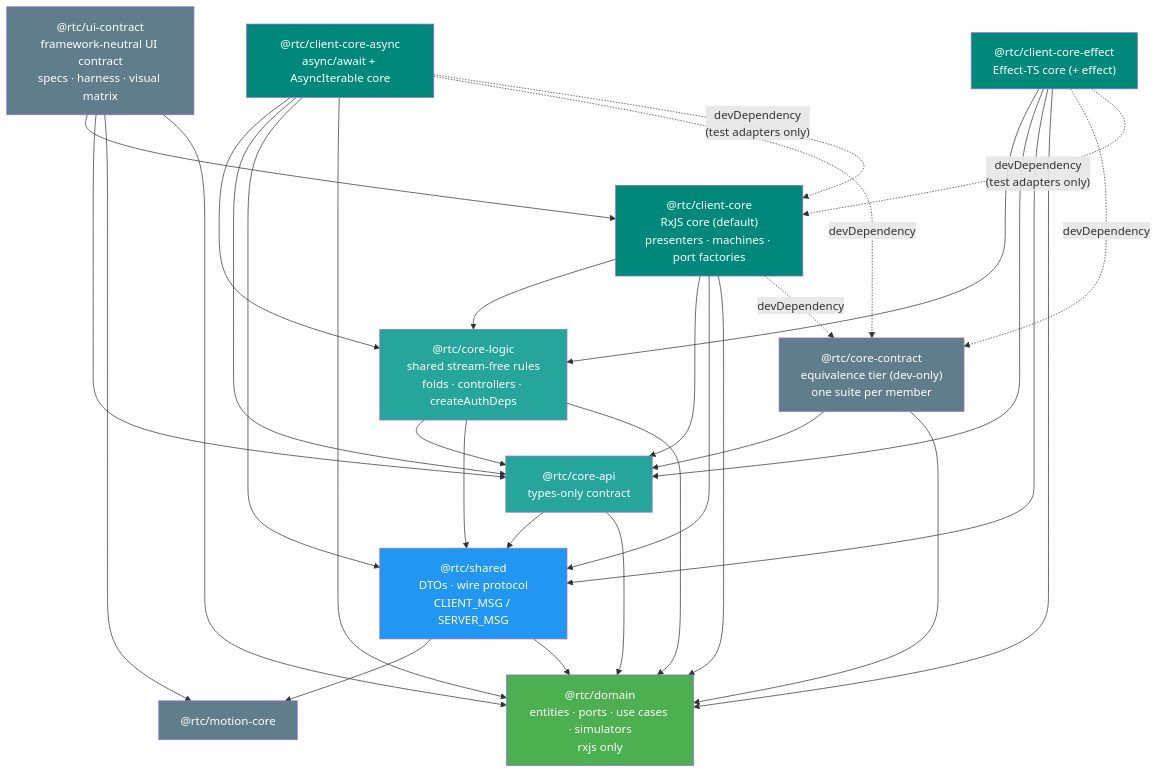
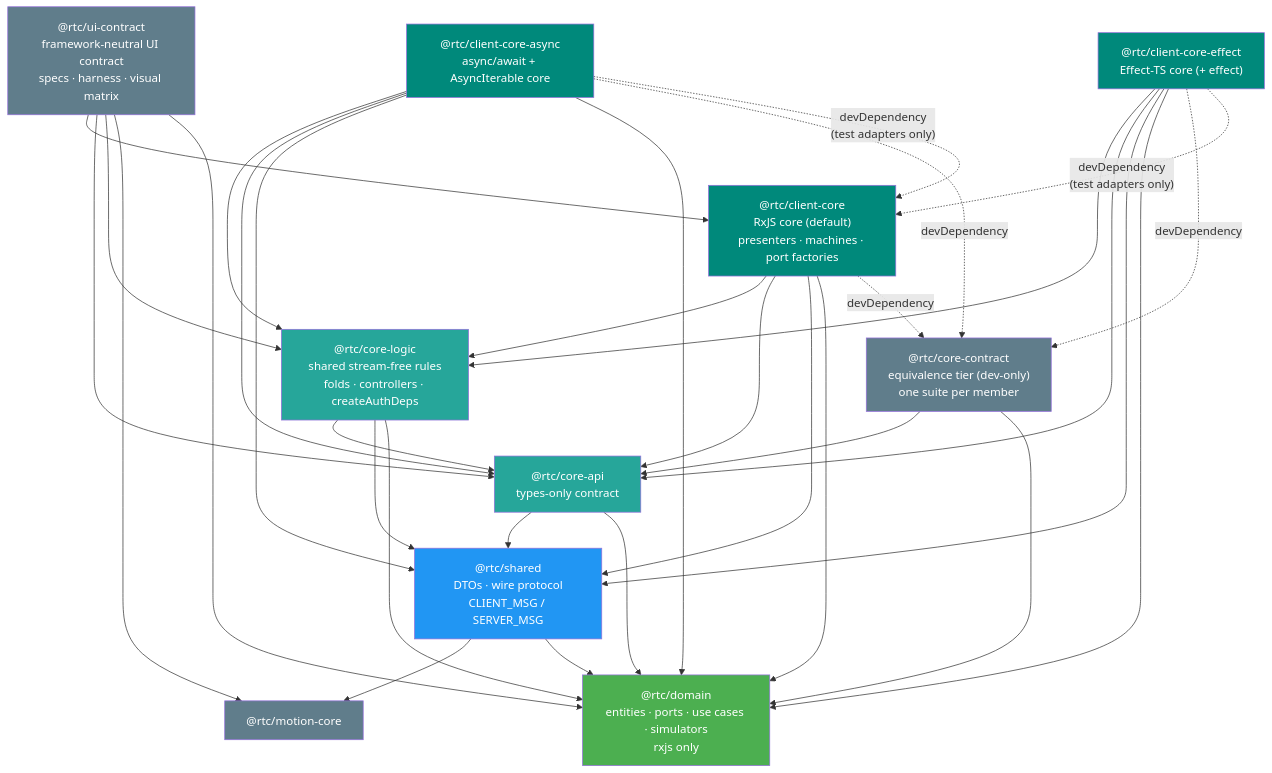
One commit to bettersoftware-io/ReactiveTraderCloudClone changed the second of 4 diagrams in docs/architecture/06-package-dependencies.md. Above: the diagram before and after it, drawn with Mermaid. The commit also changed other lines of this file and 13 other files, not shown here.

````diff
--- a/docs/architecture/06-package-dependencies.md
+++ b/docs/architecture/06-package-dependencies.md
@@ -74,58 +77,59 @@
 ```mermaid
 graph TB
     core["@rtc/client-core<br/>RxJS core (default)<br/>presenters · machines · port factories"]
     acore["@rtc/client-core-async<br/>async/await + AsyncIterable core"]
     ecore["@rtc/client-core-effect<br/>Effect-TS core (+ effect)"]
 
     uic["@rtc/ui-contract<br/>framework-neutral UI contract<br/>specs · harness · visual matrix"]
     cc["@rtc/core-contract<br/>equivalence tier (dev-only)<br/>one suite per member"]
     logic["@rtc/core-logic<br/>shared stream-free rules<br/>folds · controllers · createAuthDeps"]
 
     api["@rtc/core-api<br/>types-only contract"]
     shared["@rtc/shared<br/>DTOs · wire protocol<br/>CLIENT_MSG / SERVER_MSG"]
     motion["@rtc/motion-core"]
 
     domain["@rtc/domain<br/>entities · ports · use cases · simulators<br/>rxjs only"]
 
     core --> logic
     core --> api
     core --> shared
     core --> domain
     acore --> logic
     acore --> api
     acore --> shared
     acore --> domain
     ecore --> logic
     ecore --> api
     ecore --> shared
     ecore --> domain
     uic --> core
     uic --> api
+    uic --> logic
     uic --> motion
     uic --> domain
     cc --> api
     cc --> domain
     logic --> api
     logic --> shared
     logic --> domain
     api --> shared
     api --> domain
     shared --> motion
     shared --> domain
     core -. "devDependency" .-> cc
     acore -. "devDependency" .-> cc
     ecore -. "devDependency" .-> cc
     acore -. "devDependency<br/>(test adapters only)" .-> core
     ecore -. "devDependency<br/>(test adapters only)" .-> core
 
     style core fill:#00897B,color:#fff
     style acore fill:#00897B,color:#fff
     style ecore fill:#00897B,color:#fff
     style logic fill:#26A69A,color:#fff
     style api fill:#26A69A,color:#fff
     style cc fill:#607D8B,color:#fff
     style uic fill:#607D8B,color:#fff
     style shared fill:#2196F3,color:#fff
     style motion fill:#607D8B,color:#fff
     style domain fill:#4CAF50,color:#fff
 ```
````
